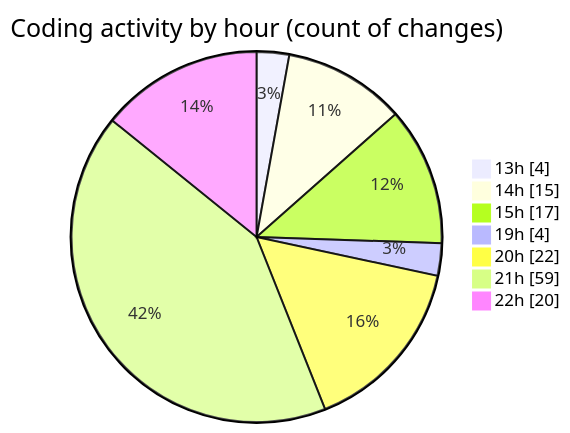
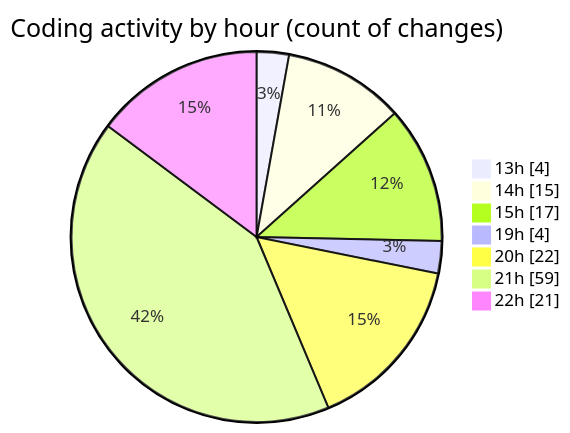
Before and after one commit to Ritupan-Deka/code-tracking: the second of 2 diagrams in 2025-01-21/projects/README.md, drawn with Mermaid. The commit also changed other lines of this file and 1 other file, not shown here.

````diff
--- a/2025-01-21/projects/README.md
+++ b/2025-01-21/projects/README.md
@@ -42,11 +42,11 @@
 ```mermaid
 pie showData
 title Coding activity by hour (count of changes)
 "13h" : 4
 "14h" : 15
 "15h" : 17
 "19h" : 4
 "20h" : 22
 "21h" : 59
-"22h" : 20
+"22h" : 21
 ```
````
